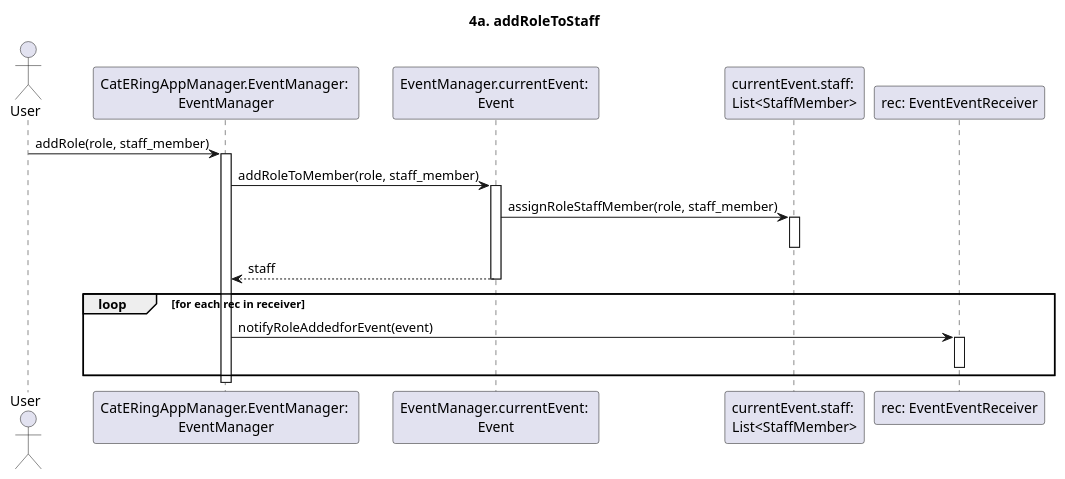
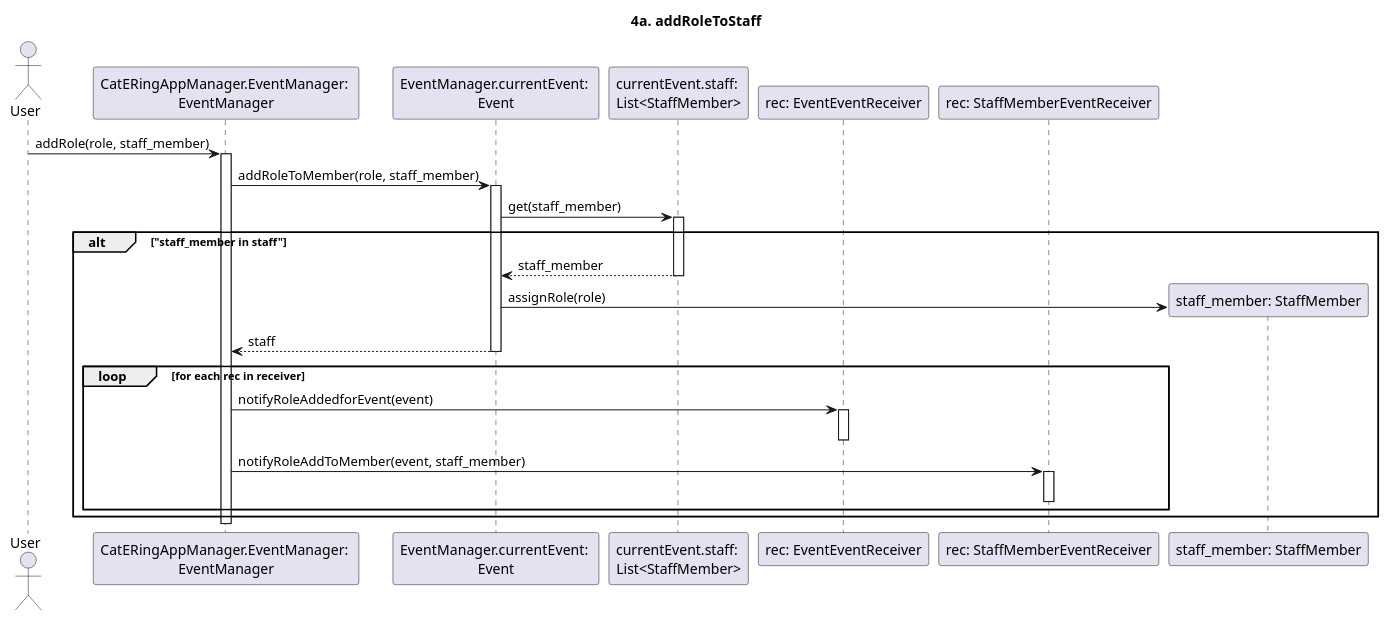
Before and after one commit to m0canu1/sas: the diagram in dsd/dsd-eventi/estensioniEcc/4a-addRoleToStaff.md, drawn with PlantUML. The commit also changed 7 other files, not shown here.

````diff
--- a/dsd/dsd-eventi/estensioniEcc/4a-addRoleToStaff.md
+++ b/dsd/dsd-eventi/estensioniEcc/4a-addRoleToStaff.md
@@ -1,26 +1,36 @@
 ```plantuml
 
 title: 4a. addRoleToStaff
 
 Actor User
 Participant "CatERingAppManager.EventManager: \nEventManager" as EM
 Participant "EventManager.currentEvent: \nEvent" as E
 Participant "currentEvent.staff: \nList<StaffMember>" as SM
 Participant "rec: EventEventReceiver" as EER
+Participant "rec: StaffMemberEventReceiver" as SER
 User -> EM: addRole(role, staff_member)
 Activate EM
     EM -> E: addRoleToMember(role, staff_member)
     Activate E
-       E -> SM: assignRoleStaffMember(role, staff_member)
+       E -> SM: get(staff_member)
+       alt "staff_member in staff"
        Activate SM
+       SM --> E: staff_member
        Deactivate SM
+       create "staff_member: StaffMember"
+       E -> "staff_member: StaffMember": assignRole(role)
        E --> EM: staff
     Deactivate E
     loop for each rec in receiver
        EM -> EER: notifyRoleAddedforEvent(event)
        Activate EER
        Deactivate EER
+
+    EM -> SER: notifyRoleAddToMember(event, staff_member)
+    Activate SER
+    Deactivate SER
+    end
     end
 Deactivate EM
 
 ```
````
